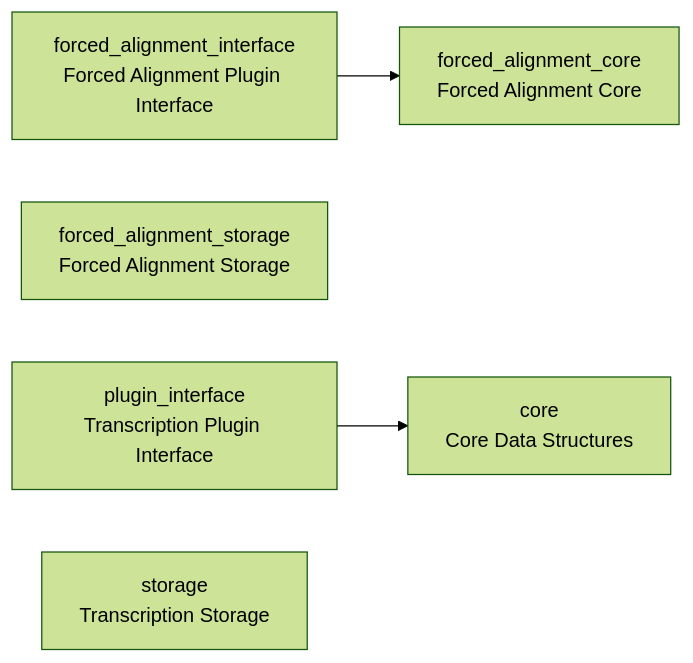
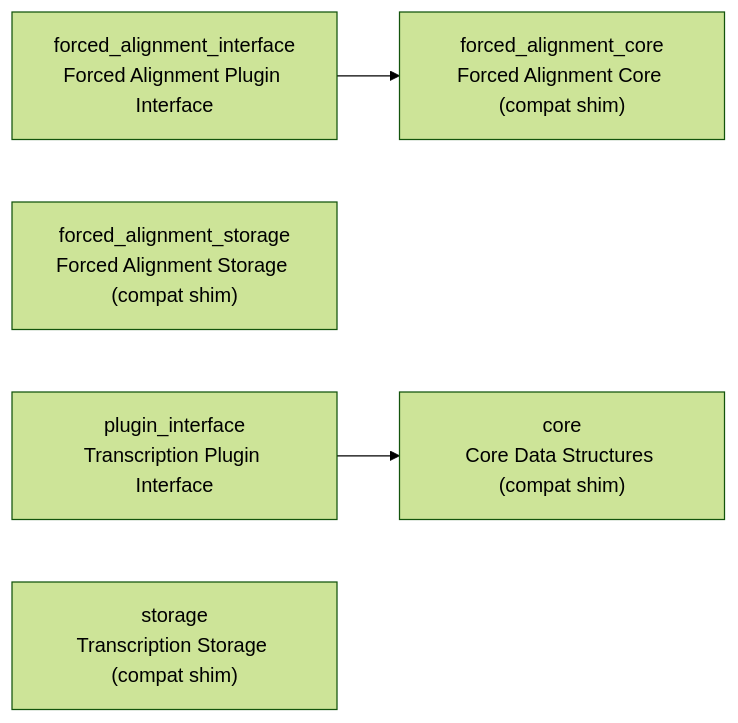
One commit to cj-mills/cjm-transcription-plugin-system changed the diagram in README.md. Above: the diagram before and after it, drawn with Mermaid (forest theme). The commit also changed other lines of this file and 5 other files, not shown here.

````diff
--- a/README.md
+++ b/README.md
@@ -26,12 +26,12 @@
 ``` mermaid
 graph LR
-    core["core<br/>Core Data Structures"]
-    forced_alignment_core["forced_alignment_core<br/>Forced Alignment Core"]
+    core["core<br/>Core Data Structures (compat shim)"]
+    forced_alignment_core["forced_alignment_core<br/>Forced Alignment Core (compat shim)"]
     forced_alignment_interface["forced_alignment_interface<br/>Forced Alignment Plugin Interface"]
-    forced_alignment_storage["forced_alignment_storage<br/>Forced Alignment Storage"]
+    forced_alignment_storage["forced_alignment_storage<br/>Forced Alignment Storage (compat shim)"]
     plugin_interface["plugin_interface<br/>Transcription Plugin Interface"]
-    storage["storage<br/>Transcription Storage"]
+    storage["storage<br/>Transcription Storage (compat shim)"]
 
     forced_alignment_interface --> forced_alignment_core
     plugin_interface --> core
 ```
````
